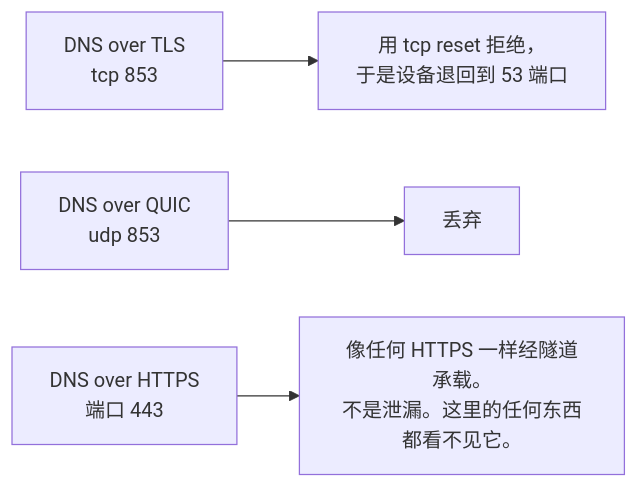
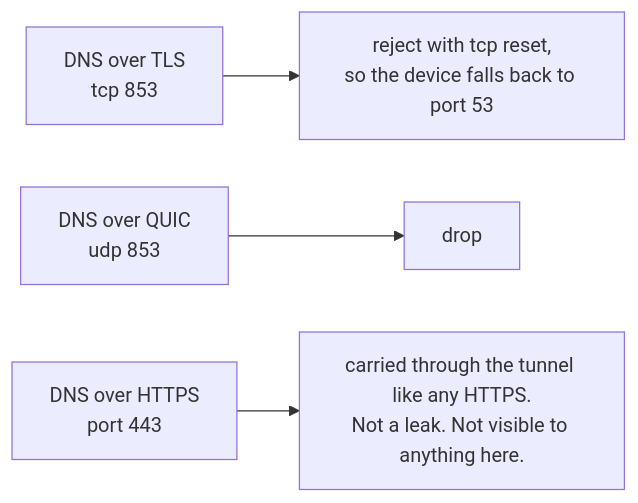
The eighth of 8 diagrams in docs/wiki/Architecture.zh.md (Iman/caspian), drawn with Mermaid before and after one commit. The commit also changed other lines of this file and 149 other files, not shown here.

````diff
--- a/docs/wiki/Architecture.zh.md
+++ b/docs/wiki/Architecture.zh.md
@@ -301,6 +337,6 @@
 ```mermaid
 flowchart LR
-    DOT["DNS over TLS<br/>tcp 853"] --> REJ["用 tcp reset 拒绝，<br/>于是设备退回到 53 端口"]
-    DOQ["DNS over QUIC<br/>udp 853"] --> DRP["丢弃"]
-    DOH["DNS over HTTPS<br/>端口 443"] --> CAR["像任何 HTTPS 一样经隧道承载。<br/>不是泄漏。这里的任何东西都看不见它。"]
+    DOT["DNS over TLS<br/>tcp 853"] --> REJ["reject with tcp reset,<br/>so the device falls back to port 53"]
+    DOQ["DNS over QUIC<br/>udp 853"] --> DRP["drop"]
+    DOH["DNS over HTTPS<br/>port 443"] --> CAR["carried through the tunnel like any HTTPS.<br/>Not a leak. Not visible to anything here."]
 ```
````
